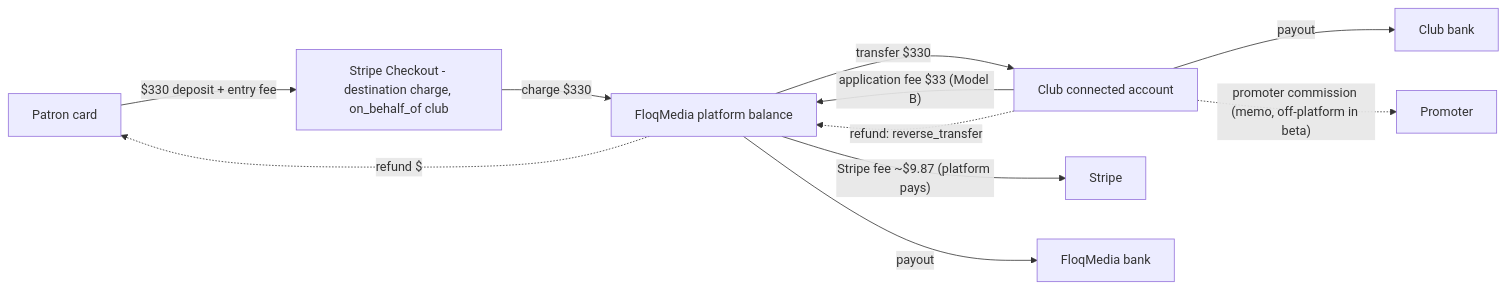
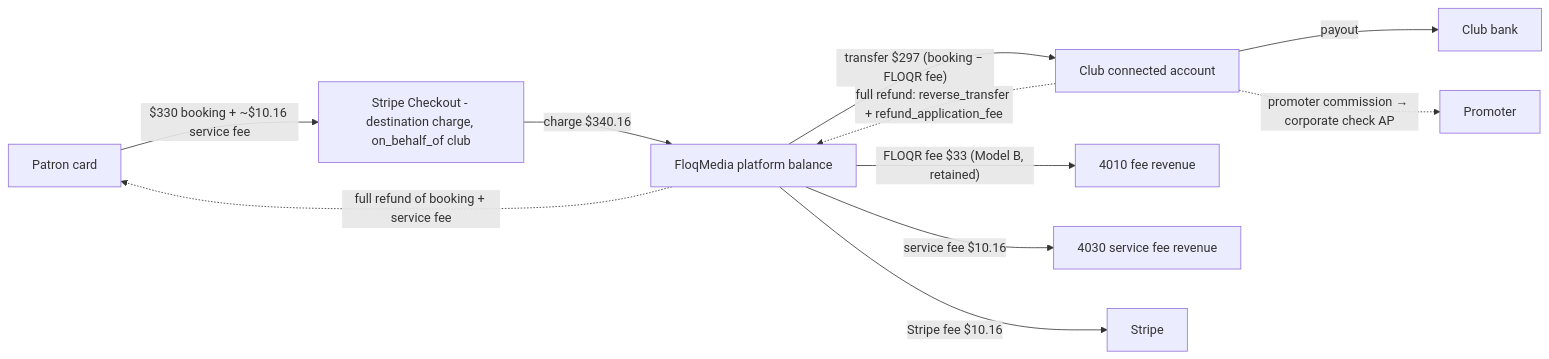
One commit to JadzAdCo/shoutout-demo changed the second of 8 diagrams in reports/vip-notifications-billing.md. Above: the diagram before and after it, drawn with Mermaid. The commit also changed other lines of this file and 4 other files, not shown here.

First line of the commit message:
docs: VIP billing decisions + promoter check AP flow + tested ledger prototype

````diff
--- a/reports/vip-notifications-billing.md
+++ b/reports/vip-notifications-billing.md
@@ -276,13 +278,13 @@
 ```mermaid
 flowchart LR
-  P["Patron card"] -->|"$330 deposit + entry fee"| SC["Stripe Checkout - destination charge, on_behalf_of club"]
-  SC -->|"charge $330"| PB["FloqMedia platform balance"]
-  PB -->|"transfer $330"| CA["Club connected account"]
-  CA -->|"application fee $33 (Model B)"| PB
-  PB -->|"Stripe fee ~$9.87 (platform pays)"| ST["Stripe"]
+  P["Patron card"] -->|"$330 booking + ~$10.16 service fee"| SC["Stripe Checkout - destination charge, on_behalf_of club"]
+  SC -->|"charge $340.16"| PB["FloqMedia platform balance"]
+  PB -->|"transfer $297 (booking − FLOQR fee)"| CA["Club connected account"]
+  PB -->|"FLOQR fee $33 (Model B, retained)"| FE["4010 fee revenue"]
+  PB -->|"service fee $10.16"| SF["4030 service fee revenue"]
+  PB -->|"Stripe fee $10.16"| ST["Stripe"]
   CA -->|"payout"| CB["Club bank"]
-  PB -->|"payout"| FB["FloqMedia bank"]
-  CA -.->|"refund: reverse_transfer"| PB
-  PB -.->|"refund $"| P
-  CA -.->|"promoter commission (memo, off-platform in beta)"| PR["Promoter"]
+  CA -.->|"full refund: reverse_transfer + refund_application_fee"| PB
+  PB -.->|"full refund of booking + service fee"| P
+  CA -.->|"promoter commission → corporate check AP"| PR["Promoter"]
 ```
````
